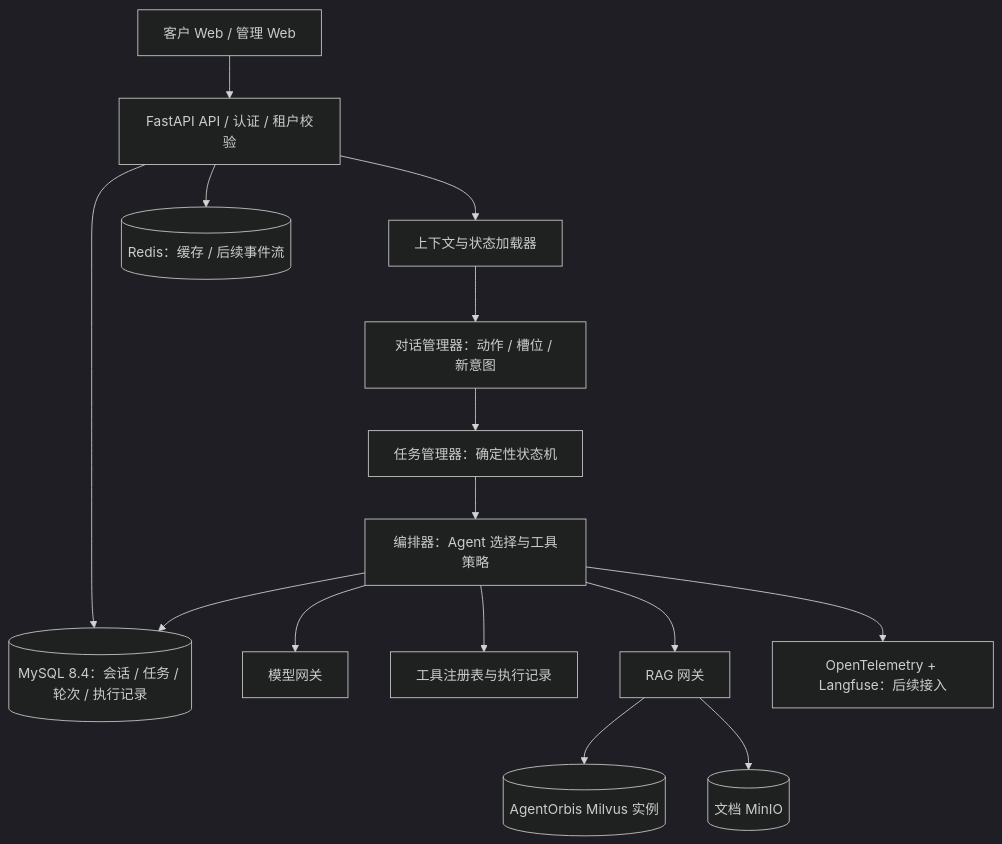
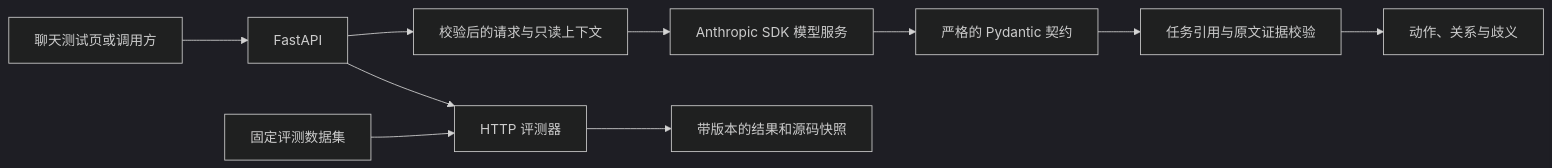
Before and after one commit to Acxxxq/agentdesk: the diagram in docs/zh/ARCHITECTURE.md, drawn with Mermaid (dark theme). The commit also changed other lines of this file and 127 other files, not shown here.

````diff
--- a/docs/zh/ARCHITECTURE.md
+++ b/docs/zh/ARCHITECTURE.md
@@ -5,17 +7,12 @@
 ```mermaid
-flowchart TD
-    UI[客户 Web / 管理 Web] --> API[FastAPI API / 认证 / 租户校验]
-    API --> STORE[(MySQL 8.4：会话 / 任务 / 轮次 / 执行记录)]
-    API --> CTX[上下文与状态加载器]
-    CTX --> DM[对话管理器：动作 / 槽位 / 新意图]
-    DM --> TM[任务管理器：确定性状态机]
-    TM --> ORCH[编排器：Agent 选择与工具策略]
-    ORCH --> LLM[模型网关]
-    ORCH --> TOOLS[工具注册表与执行记录]
-    ORCH --> RAG[RAG 网关]
-    RAG --> MILVUS[(AgentOrbis Milvus 实例)]
-    RAG --> OBJ[(文档 MinIO)]
-    ORCH --> STORE
-    API --> REDIS[(Redis：缓存 / 后续事件流)]
-    ORCH --> OTEL[OpenTelemetry + Langfuse：后续接入]
+flowchart LR
+    UI[聊天测试页或调用方] --> API[FastAPI]
+    API --> REQ[校验后的请求与只读上下文]
+    REQ --> LLM[Anthropic SDK 模型服务]
+    LLM --> CONTRACT[严格的 Pydantic 契约]
+    CONTRACT --> EVIDENCE[任务引用与原文证据校验]
+    EVIDENCE --> RESULT[动作、关系与歧义]
+    DATA[固定评测数据集] --> EVAL[HTTP 评测器]
+    API --> EVAL
+    EVAL --> RECORD[带版本的结果和源码快照]
 ```
````
